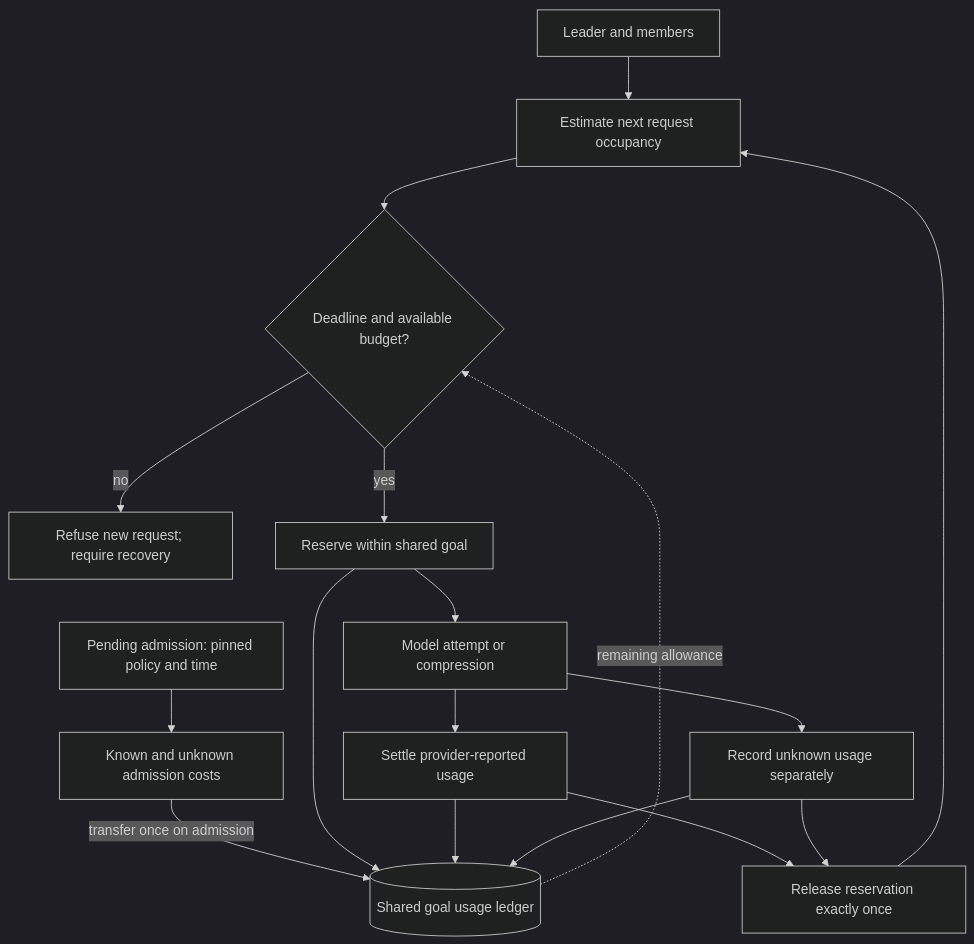
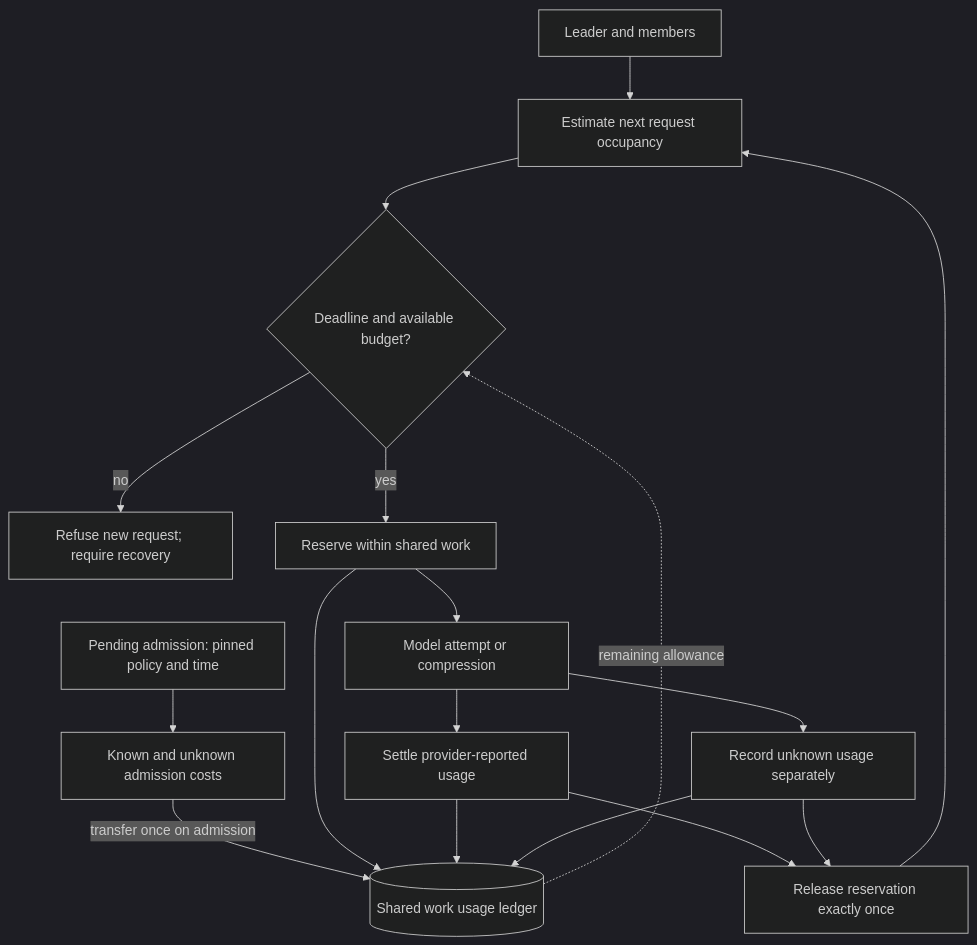
Diagram 25 of 35 in docs/ARCHITECTURE.md (seek-hope/TeamAgents), drawn with Mermaid (dark theme) before and after one commit. The commit also changed other lines of this file and 177 other files, not shown here.

Commit message:
Remove goal entity and migrate to work scopes

````diff
--- a/docs/ARCHITECTURE.md
+++ b/docs/ARCHITECTURE.md
@@ -946,21 +946,21 @@
 ```mermaid
 flowchart TB
-    accTitle: Goal budget and admission accounting
+    accTitle: Work budget and admission accounting
     accDescr: All attached instances share known usage and reservations. Admission pins its own policy and transfers its recorded costs once. Unknown usage remains explicit rather than being guessed as zero.
     members["Leader and members"] --> prepare["Estimate next request occupancy"]
     prepare --> gate{"Deadline and available budget?"}
     gate -->|"no"| park["Refuse new request; require recovery"]
-    gate -->|"yes"| reserve["Reserve within shared goal"]
+    gate -->|"yes"| reserve["Reserve within shared work"]
     reserve --> attempt["Model attempt or compression"]
     attempt --> known["Settle provider-reported usage"]
     attempt --> unknown["Record unknown usage separately"]
     known --> release["Release reservation exactly once"]
     unknown --> release
     admission["Pending admission: pinned policy and time"] --> carry["Known and unknown admission costs"]
-    carry -->|"transfer once on admission"| ledger[("Shared goal usage ledger")]
+    carry -->|"transfer once on admission"| ledger[("Shared work usage ledger")]
     reserve --> ledger
     known --> ledger
     unknown --> ledger
     ledger -.->|"remaining allowance"| gate
     release --> prepare
 ```
````
